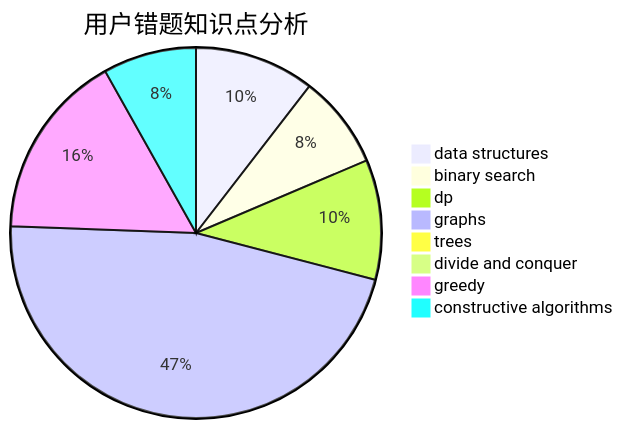
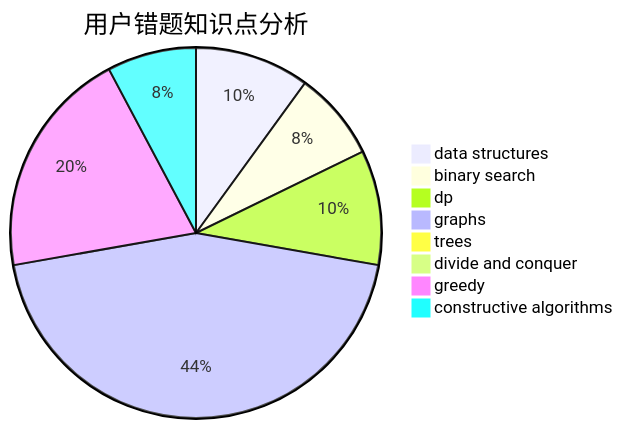
Before and after one commit to sherpahu/cfrs.github.io: the third of 3 diagrams in docs/user/u1901.md, drawn with Mermaid. The commit also changed other lines of this file and 2770 other files, not shown here.

````diff
--- a/docs/user/u1901.md
+++ b/docs/user/u1901.md
@@ -36,11 +36,11 @@
 ```mermaid
 pie title 用户错题知识点分析
     "data structures" :  9
     "binary search" :  7
     "dp" :  9
     "graphs" :  40
     "trees" :  0
     "divide and conquer" :  0
-    "greedy" :  14
+    "greedy" :  18
     "constructive algorithms" :  7
 ```
````
